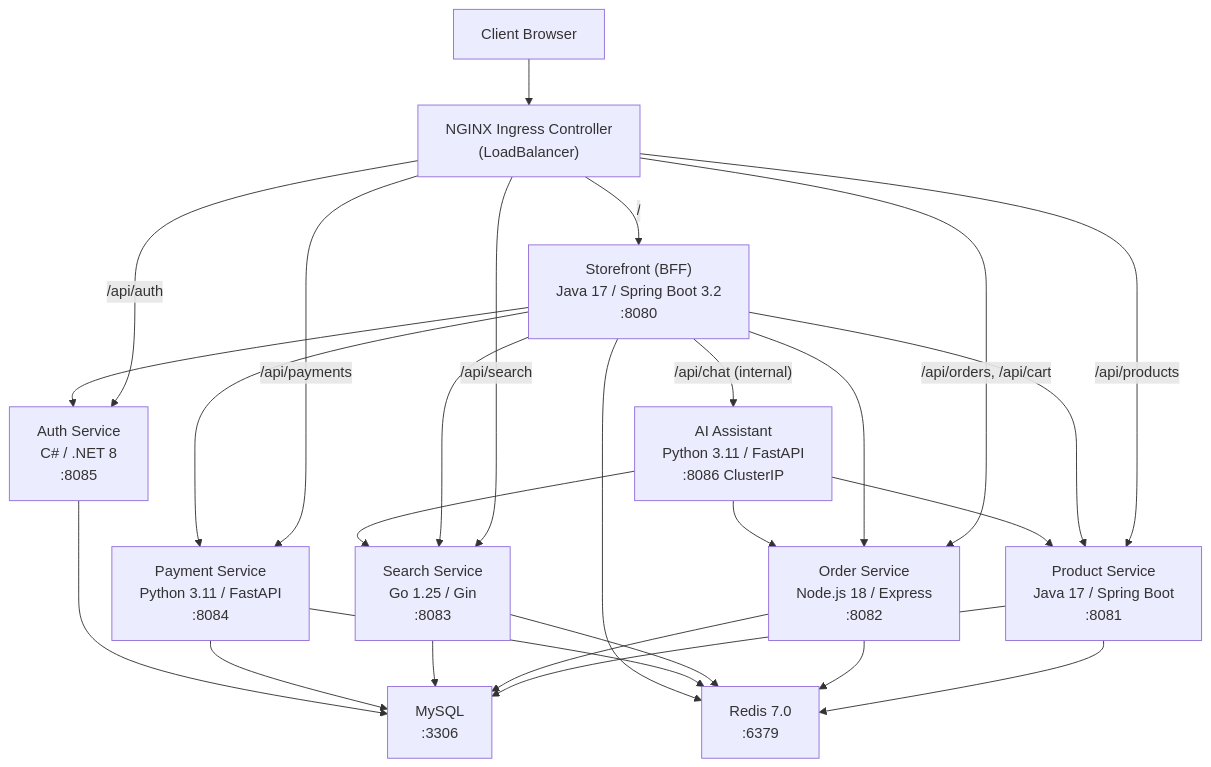
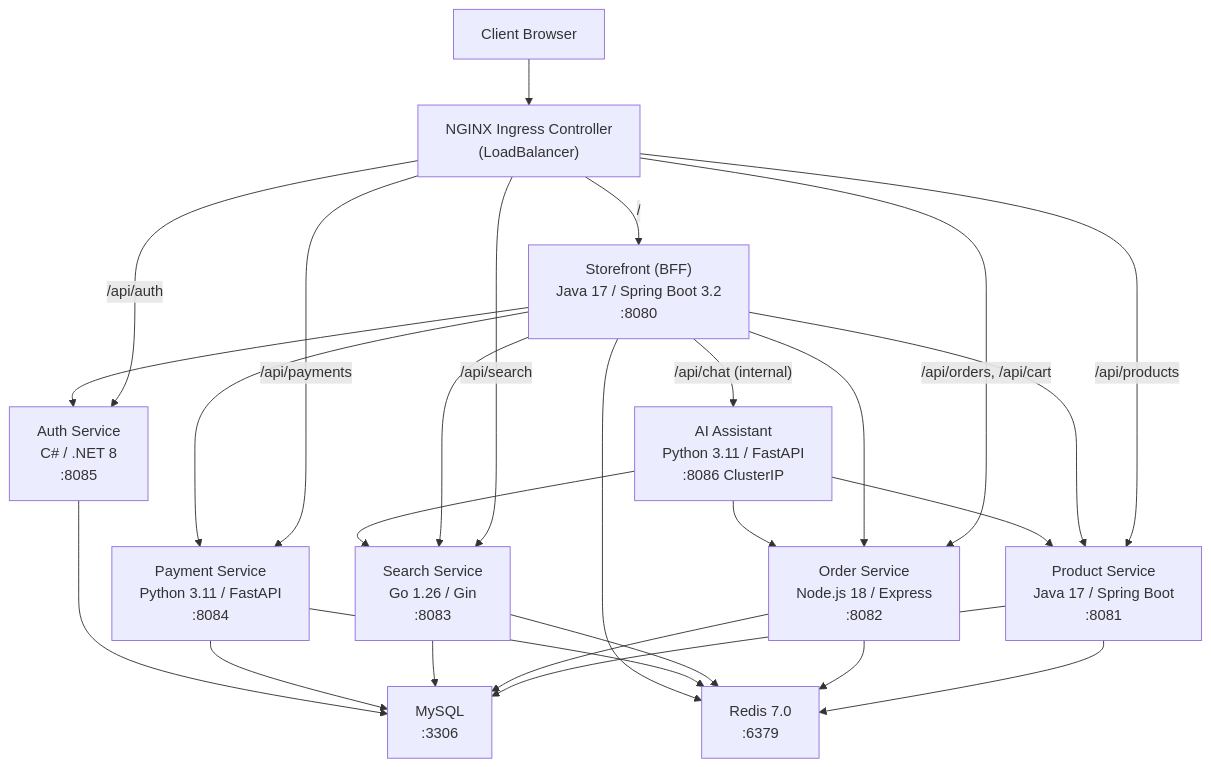
The second of 2 diagrams in Terraform Deployment/README.md (site24x7/demo-apps), drawn with Mermaid before and after one commit. The commit also changed other lines of this file and 4 other files, not shown here.

First line of the commit message:
Build search-service with Go 1.26

````diff
--- a/Terraform Deployment/README.md
+++ b/Terraform Deployment/README.md
@@ -40,17 +40,17 @@
 ```mermaid
 graph TD
     Client["Client Browser"] --> Ingress["NGINX Ingress Controller<br/>(LoadBalancer)"]
     Ingress -->|"/"| SF["Storefront (BFF)<br/>Java 17 / Spring Boot 3.2<br/>:8080"]
     Ingress -->|"/api/products"| PS["Product Service<br/>Java 17 / Spring Boot<br/>:8081"]
     Ingress -->|"/api/orders, /api/cart"| OS["Order Service<br/>Node.js 18 / Express<br/>:8082"]
-    Ingress -->|"/api/search"| SS["Search Service<br/>Go 1.25 / Gin<br/>:8083"]
+    Ingress -->|"/api/search"| SS["Search Service<br/>Go 1.26 / Gin<br/>:8083"]
     Ingress -->|"/api/payments"| Pay["Payment Service<br/>Python 3.11 / FastAPI<br/>:8084"]
     Ingress -->|"/api/auth"| Auth["Auth Service<br/>C# / .NET 8<br/>:8085"]
 
     SF -->|"/api/chat (internal)"| AI["AI Assistant<br/>Python 3.11 / FastAPI<br/>:8086 ClusterIP"]
     SF --> PS & OS & SS & Pay & Auth
     AI --> PS & OS & SS
 
     PS & OS & SS & Pay & Auth --> MySQL["MySQL<br/>:3306"]
     PS & OS & SS & Pay & SF --> Redis["Redis 7.0<br/>:6379"]
 ```
````
